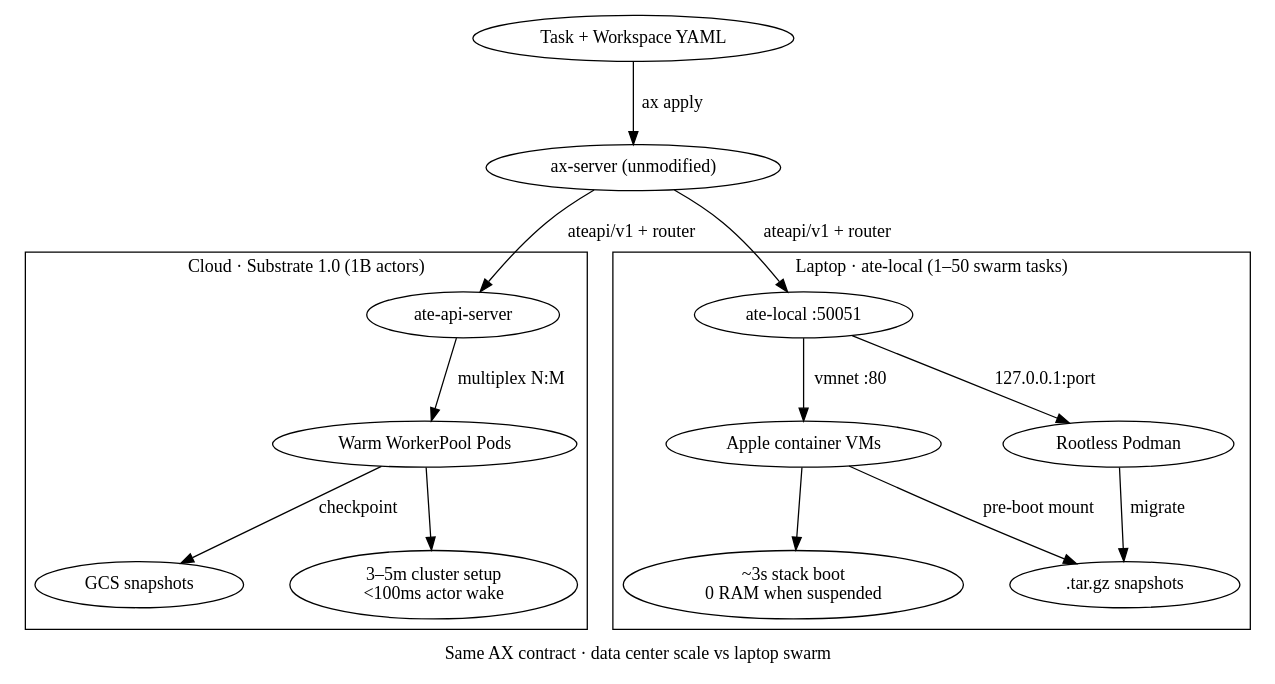
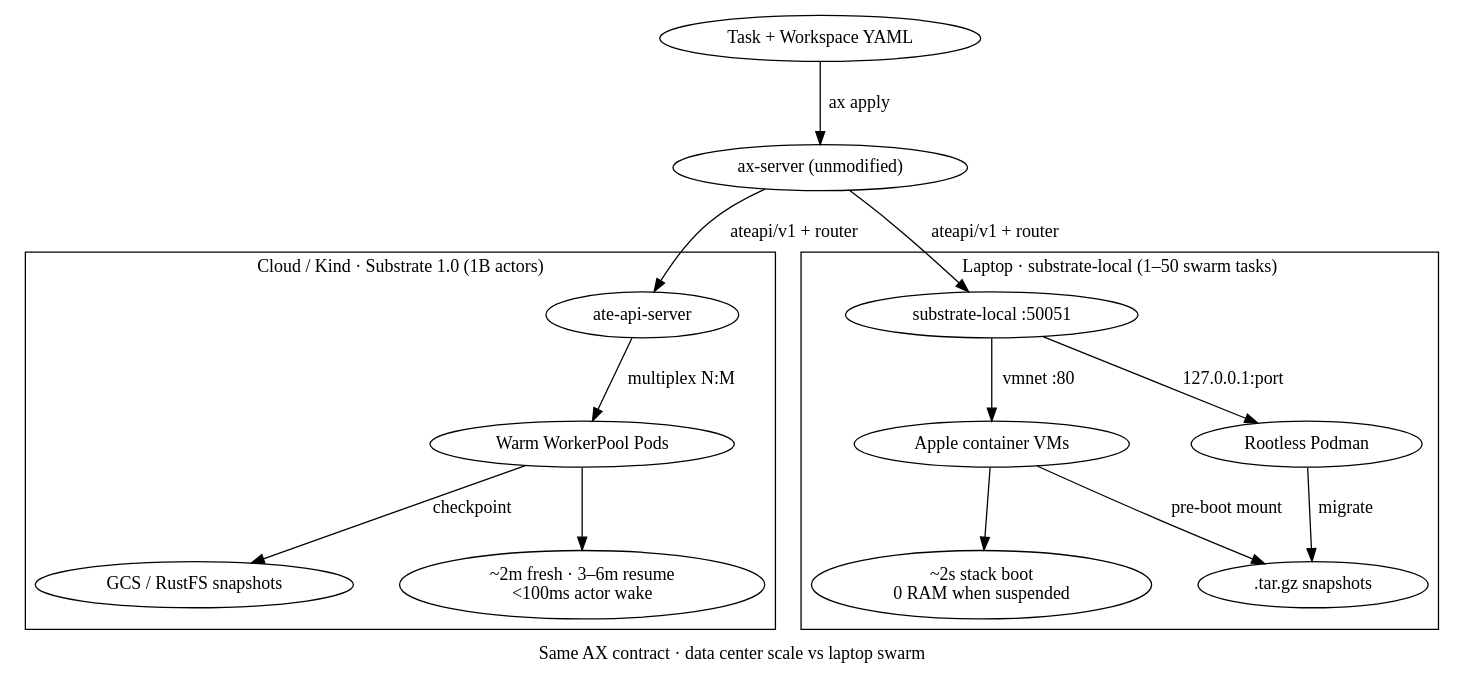
The diagram in concepts/diagrams/04-datacenter-vs-laptop.dot (ghchinoy/ax-experiments), drawn with Graphviz before and after one commit. The commit also changed 11 other files, not shown here.

First line of the commit message:
docs(sweep): point docs & Lustrous diagrams to standalone substrate-local and agentexecutor/studio (ax-experiments-1rx.9)

```diff
--- a/concepts/diagrams/04-datacenter-vs-laptop.dot
+++ b/concepts/diagrams/04-datacenter-vs-laptop.dot
@@ -1,48 +1,48 @@
 // Scaling down without changing the mental model: Data-center Substrate 1.0
-// (1B actors on K8s WorkerPools) vs Laptop ate-local (10s of swarm microVMs).
+// (1B actors on K8s WorkerPools) vs Laptop substrate-local (10s of swarm microVMs).
 digraph datacenter_vs_laptop {
   label = "Same AX contract · data center scale vs laptop swarm";
   ranksep = 0.7;
   nodesep = 0.5;
   newrank = true;
 
   manifest [label="Task + Workspace YAML", class="primary"];
   axsrv    [label="ax-server (unmodified)", class="emphasis code"];
 
   subgraph cluster_dc {
-    label = "Cloud · Substrate 1.0 (1B actors)";
+    label = "Cloud / Kind · Substrate 1.0 (1B actors)";
     dc_api   [label="ate-api-server", class="code"];
     dc_pool  [label="Warm WorkerPool Pods"];
-    dc_gcs   [label="GCS snapshots", class="store"];
-    dc_boot  [label="3–5m cluster setup\n<100ms actor wake", class="muted"];
+    dc_gcs   [label="GCS / RustFS snapshots", class="store"];
+    dc_boot  [label="~2m fresh · 3–6m resume\n<100ms actor wake", class="muted"];
 
     dc_api -> dc_pool [label="multiplex N:M"];
     dc_pool -> dc_gcs [label="checkpoint", class="async"];
     dc_pool -> dc_boot [class="muted"];
   }
 
   subgraph cluster_mac {
-    label = "Laptop · ate-local (1–50 swarm tasks)";
+    label = "Laptop · substrate-local (1–50 swarm tasks)";
     class = "accent";
-    loc_api  [label="ate-local :50051", class="emphasis code"];
+    loc_api  [label="substrate-local :50051", class="emphasis code"];
     loc_apple [label="Apple container VMs", class="cat-cobalt"];
     loc_pod  [label="Rootless Podman", class="cat-violet"];
     loc_snap [label=".tar.gz snapshots", class="store"];
-    loc_boot [label="~3s stack boot\n0 RAM when suspended", class="positive"];
+    loc_boot [label="~2s stack boot\n0 RAM when suspended", class="positive"];
 
     loc_api -> loc_apple [label="vmnet :80"];
     loc_api -> loc_pod   [label="127.0.0.1:port"];
     loc_apple -> loc_snap [label="pre-boot mount", class="async"];
     loc_pod   -> loc_snap [label="migrate", class="async"];
     loc_apple -> loc_boot [class="positive"];
   }
 
   {rank=same; dc_api; loc_api;}
   {rank=same; dc_pool; loc_apple; loc_pod;}
   {rank=same; dc_gcs; loc_snap;}
   {rank=same; dc_boot; loc_boot;}
 
   manifest -> axsrv [label="ax apply", class="primary"];
   axsrv -> dc_api   [label="ateapi/v1 + router", class="code"];
   axsrv -> loc_api  [label="ateapi/v1 + router", class="primary code"];
 }
```
